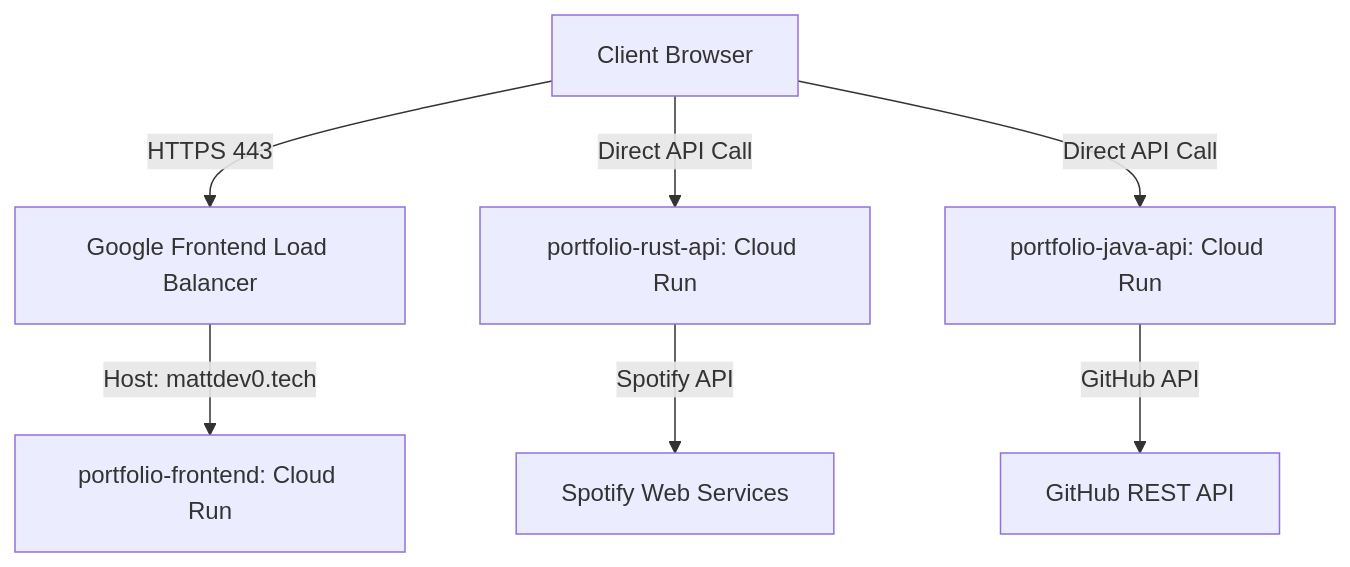
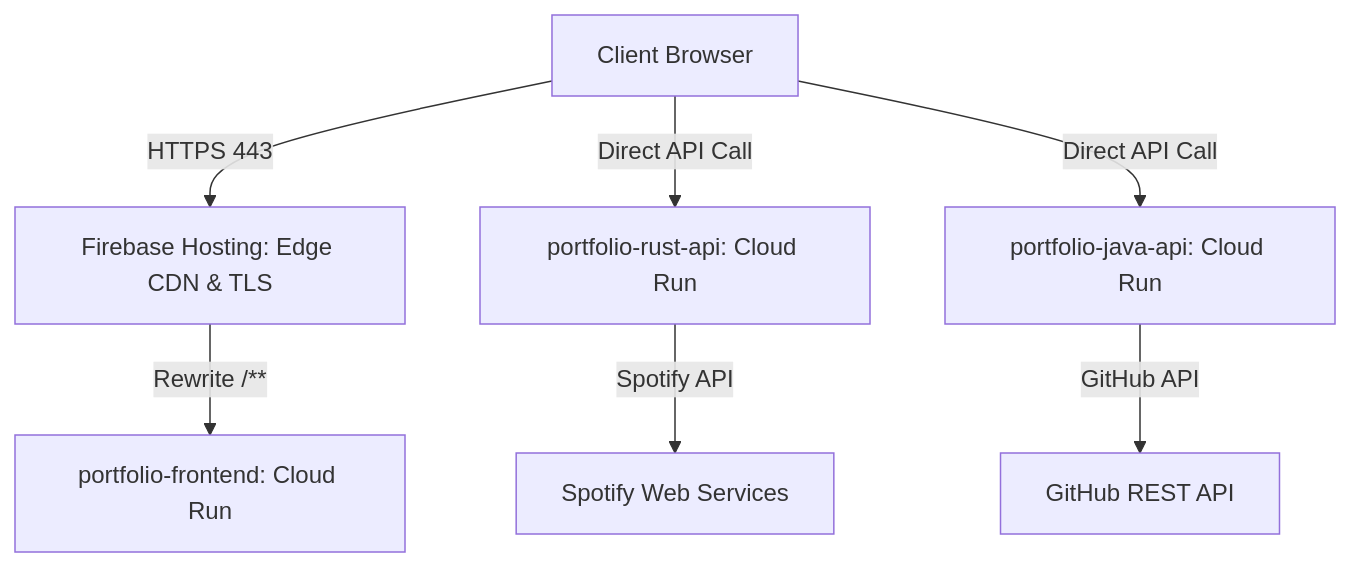
Before and after one commit to mattDev0/portfolio-monorepo: the first of 2 diagrams in README.md, drawn with Mermaid. The commit also changed other lines of this file and 5 other files, not shown here.

Commit message:
docs(infra): update topology and docs for Firebase Hosting

````diff
--- a/README.md
+++ b/README.md
@@ -21,11 +21,11 @@
 ```mermaid
 graph TD
-    Client[Client Browser] -->|HTTPS 443| GFE[Google Frontend Load Balancer]
-    GFE -->|Host: mattdev0.tech| FE[portfolio-frontend: Cloud Run]
+    Client[Client Browser] -->|HTTPS 443| FH[Firebase Hosting: Edge CDN & TLS]
+    FH -->|Rewrite /**| FE[portfolio-frontend: Cloud Run]
     
     Client -->|Direct API Call| Rust[portfolio-rust-api: Cloud Run]
     Client -->|Direct API Call| Java[portfolio-java-api: Cloud Run]
 
     Rust -->|Spotify API| Spotify[Spotify Web Services]
     Java -->|GitHub API| GitHub[GitHub REST API]
 ```
````
